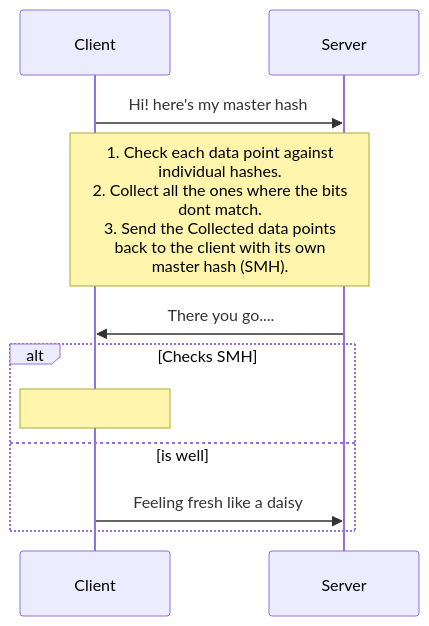
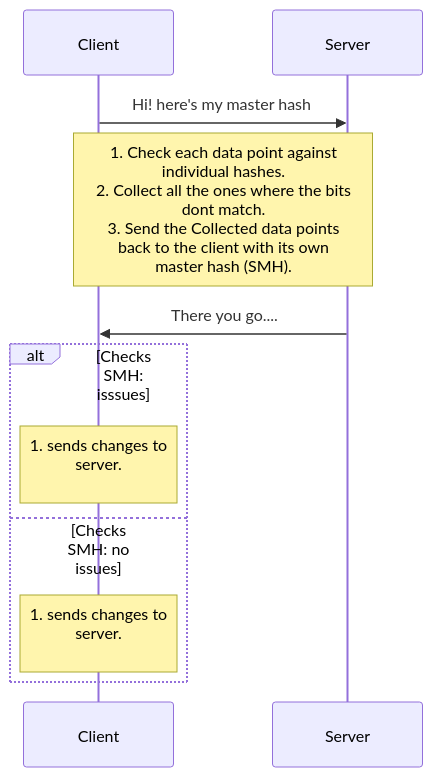
Before and after one commit to trshant-sugoi/stackedit: the first of 2 diagrams in drafts/2019-02-05-bloom-filter.md, drawn with Mermaid. The commit also changed other lines of this file, not shown here.

Commit message:
drafts/2019-02-05-bloom-filter.md updated from https://stackedit.io/

````diff
--- a/drafts/2019-02-05-bloom-filter.md
+++ b/drafts/2019-02-05-bloom-filter.md
@@ -10,16 +10,16 @@
 ```mermaid
 sequenceDiagram
 Client ->> Server: Hi! here's my master hash
 
 Note over Server,Client: 1. Check each data point against <br/>individual hashes.<br/>2. Collect all the ones where the bits<br/> dont match.<br/>3. Send the Collected data points <br/>back to the client with its own<br/> master hash (SMH).
 
 Server ->> Client: There you go....
 
-alt Checks SMH
-        Note over Client:  
-else is well
-        Client->>Server: Feeling fresh like a daisy
+alt Checks SMH: isssues
+        Note over Client:1. sends changes to<br/> server.<br/>  
+else Checks SMH: no issues
+        Note over Client:1. sends changes to<br/> server.<br/>
 end
 
 
 ```
````
